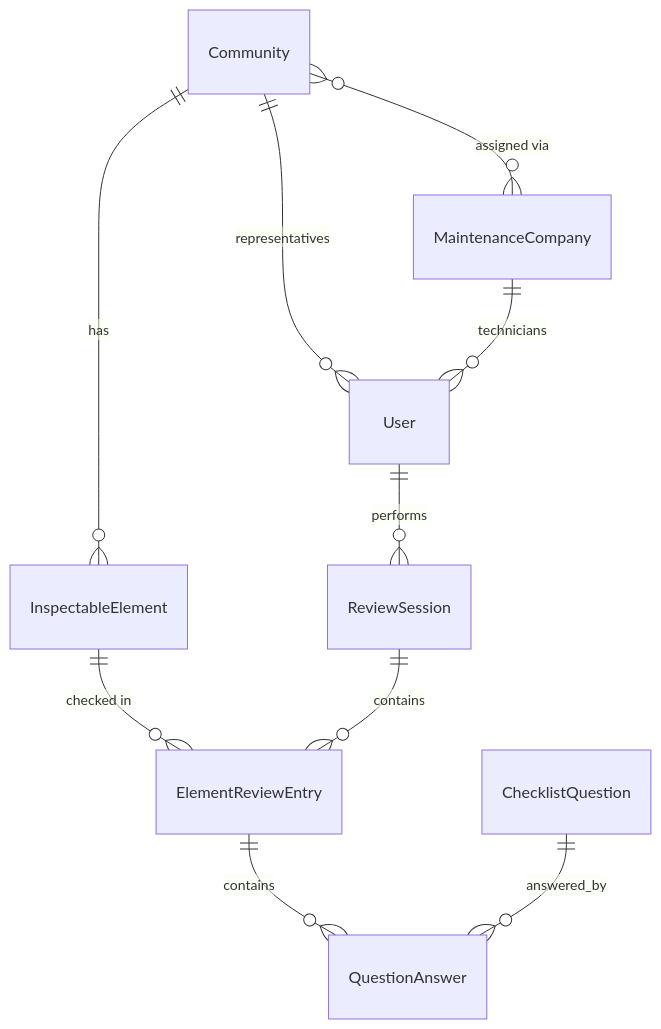
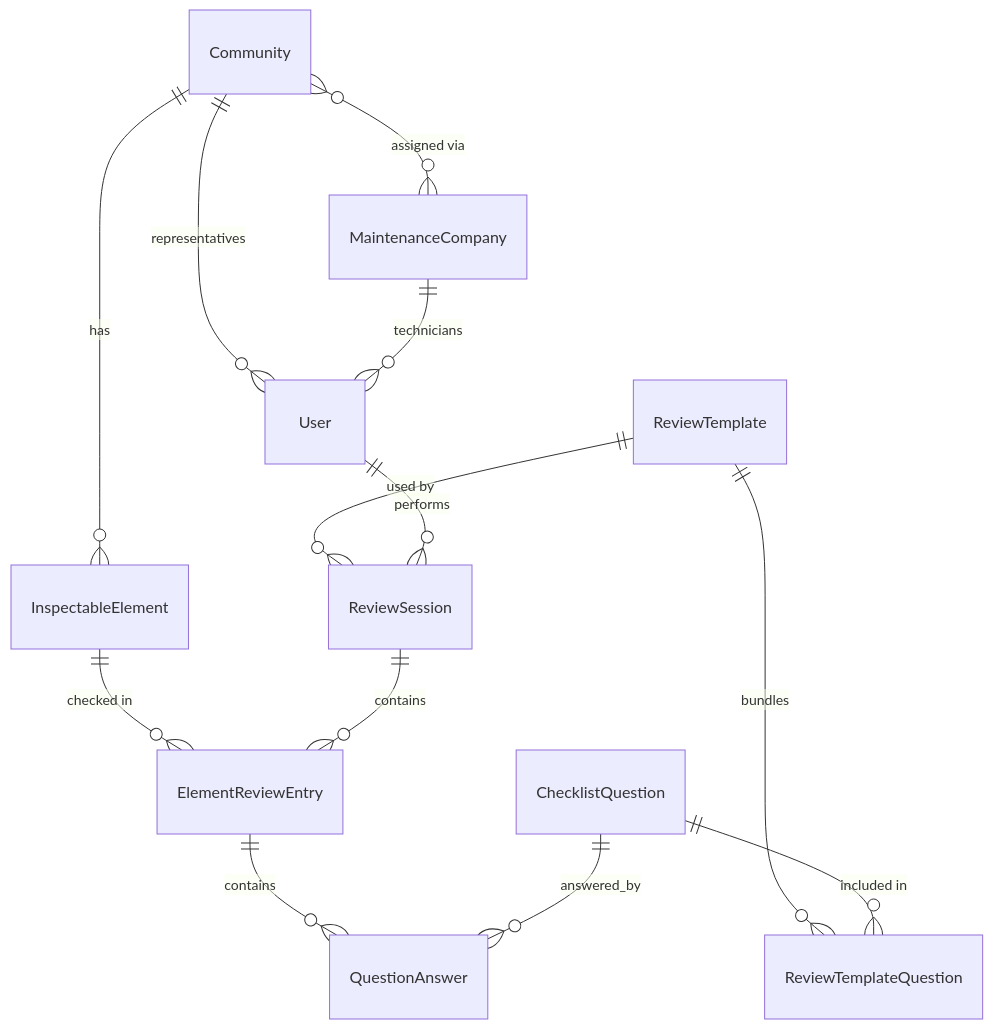
One commit to BcnSynergy/sf-manager changed the diagram in docs/architecture/domain-model-inspections.md. Above: the diagram before and after it, drawn with Mermaid. The commit also changed other lines of this file and 1 other file, not shown here.

First line of the commit message:
docs: introduce ReviewTemplate, replace dynamic question lookup

````diff
--- a/docs/architecture/domain-model-inspections.md
+++ b/docs/architecture/domain-model-inspections.md
@@ -209,12 +249,15 @@
 ```mermaid
 erDiagram
     Community ||--o{ InspectableElement : has
     Community ||--o{ User : "representatives"
     Community }o--o{ MaintenanceCompany : "assigned via"
     MaintenanceCompany ||--o{ User : "technicians"
     InspectableElement ||--o{ ElementReviewEntry : "checked in"
+    ReviewTemplate ||--o{ ReviewTemplateQuestion : bundles
+    ChecklistQuestion ||--o{ ReviewTemplateQuestion : "included in"
+    ReviewTemplate ||--o{ ReviewSession : "used by"
     ReviewSession ||--o{ ElementReviewEntry : contains
     ElementReviewEntry ||--o{ QuestionAnswer : contains
     ChecklistQuestion ||--o{ QuestionAnswer : answered_by
     User ||--o{ ReviewSession : performs
 ```
````
